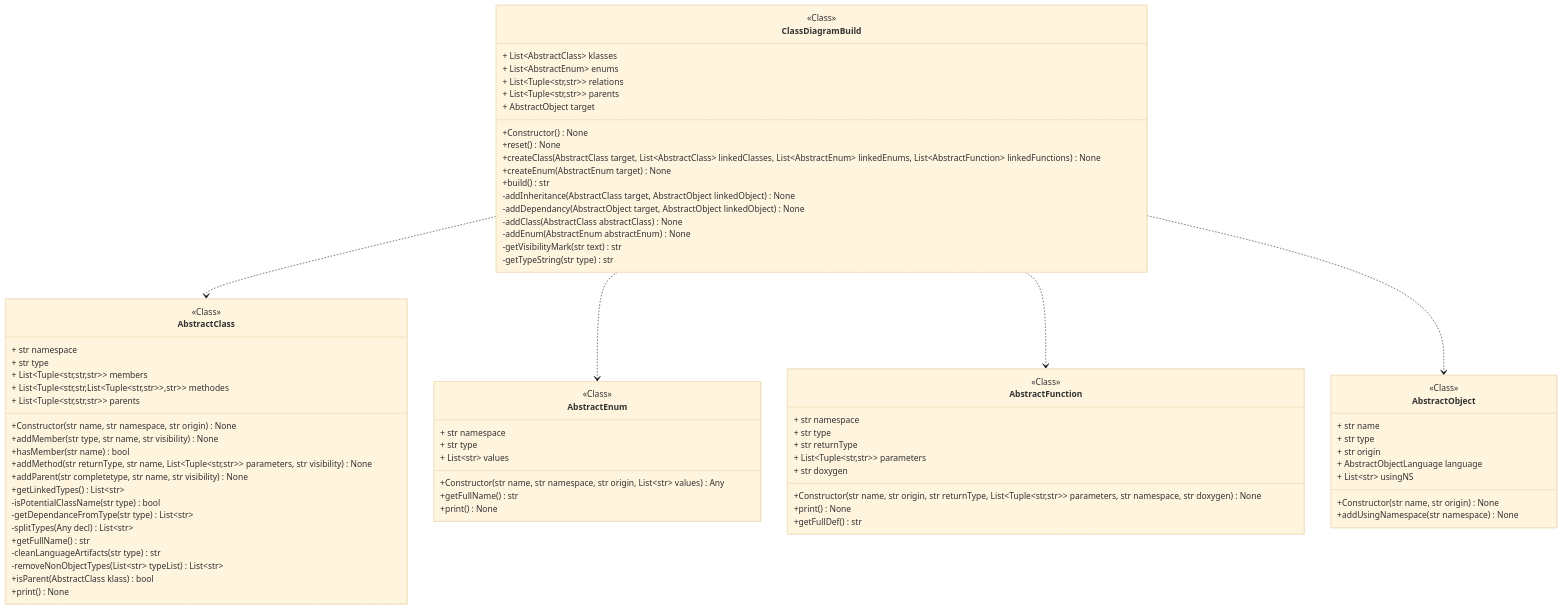
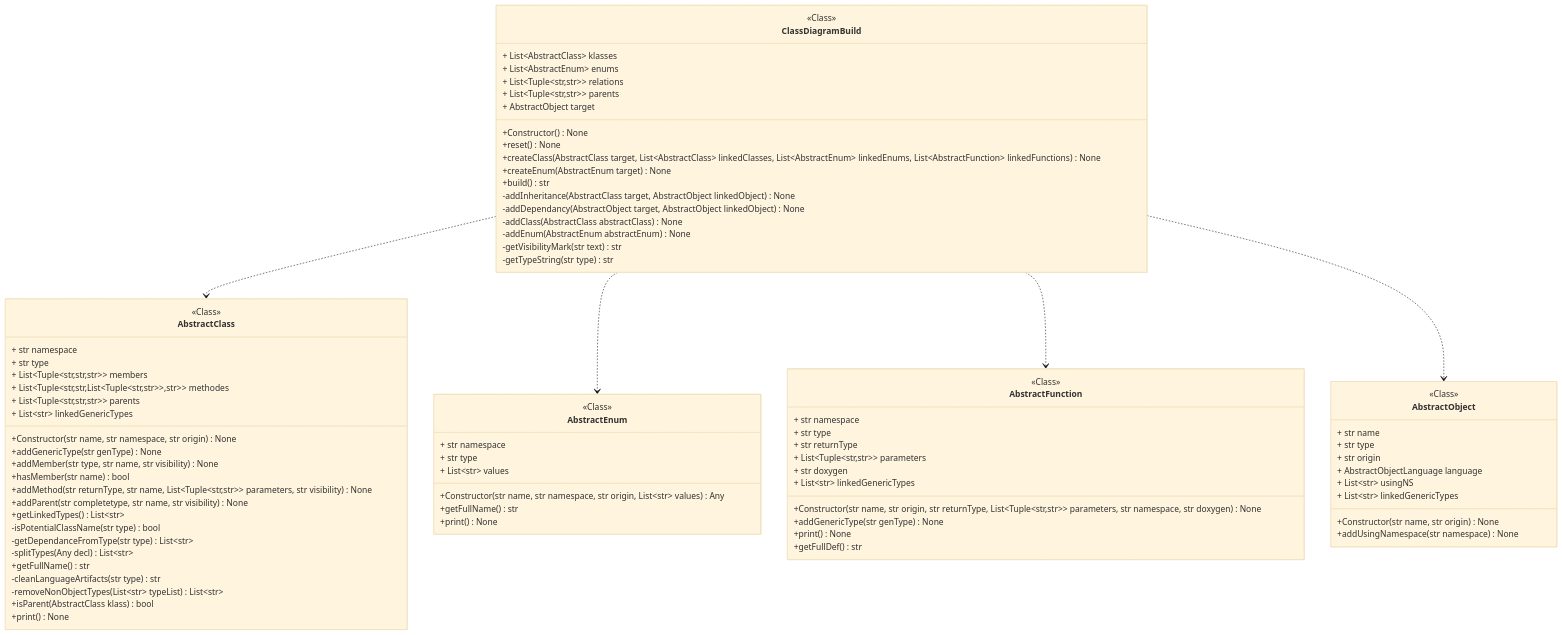
The diagram in docs/source/code/diagrams/pycodeanalyzer_core_diagrams_mermaid_ClassDiagramBuild.mmd (miong/pycodeanalyzer), drawn with Mermaid (base theme) before and after one commit. The commit also changed 24 other files, not shown here.

```diff
--- a/docs/source/code/diagrams/pycodeanalyzer_core_diagrams_mermaid_ClassDiagramBuild.mmd
+++ b/docs/source/code/diagrams/pycodeanalyzer_core_diagrams_mermaid_ClassDiagramBuild.mmd
@@ -1,80 +1,85 @@
 classDiagram
 class ClassDiagramBuild {
 <<Class>>
 + List~AbstractClass~ klasses
 + List~AbstractEnum~ enums
 + List&lt;Tuple&lt;str,str&gt;&gt; relations
 + List&lt;Tuple&lt;str,str&gt;&gt; parents
 + AbstractObject target
 +Constructor() None
 +reset() None
 +createClass(AbstractClass target, List~AbstractClass~ linkedClasses, List~AbstractEnum~ linkedEnums, List~AbstractFunction~ linkedFunctions) None
 +createEnum(AbstractEnum target) None
 +build() str
 -addInheritance(AbstractClass target, AbstractObject linkedObject) None
 -addDependancy(AbstractObject target, AbstractObject linkedObject) None
 -addClass(AbstractClass abstractClass) None
 -addEnum(AbstractEnum abstractEnum) None
 -getVisibilityMark(str text) str
 -getTypeString(str type) str
 }
 class AbstractClass {
 <<Class>>
 + str namespace
 + str type
 + List&lt;Tuple&lt;str,str,str&gt;&gt; members
 + List&lt;Tuple&lt;str,str,List&lt;Tuple&lt;str,str&gt;&gt;,str&gt;&gt; methodes
 + List&lt;Tuple&lt;str,str,str&gt;&gt; parents
++ List~str~ linkedGenericTypes
 +Constructor(str name, str namespace, str origin) None
++addGenericType(str genType) None
 +addMember(str type, str name, str visibility) None
 +hasMember(str name) bool
 +addMethod(str returnType, str name, List&lt;Tuple&lt;str,str&gt;&gt; parameters, str visibility) None
 +addParent(str completetype, str name, str visibility) None
 +getLinkedTypes() List~str~
 -isPotentialClassName(str type) bool
 -getDependanceFromType(str type) List~str~
 -splitTypes(Any decl) List~str~
 +getFullName() str
 -cleanLanguageArtifacts(str type) str
 -removeNonObjectTypes(List~str~ typeList) List~str~
 +isParent(AbstractClass klass) bool
 +print() None
 }
 link AbstractClass "class££pycodeanalyzer::core::abstraction::objects::AbstractClass"
 class AbstractEnum {
 <<Class>>
 + str namespace
 + str type
 + List~str~ values
 +Constructor(str name, str namespace, str origin, List~str~ values) Any
 +getFullName() str
 +print() None
 }
 link AbstractEnum "class££pycodeanalyzer::core::abstraction::objects::AbstractEnum"
 class AbstractFunction {
 <<Class>>
 + str namespace
 + str type
 + str returnType
 + List&lt;Tuple&lt;str,str&gt;&gt; parameters
 + str doxygen
++ List~str~ linkedGenericTypes
 +Constructor(str name, str origin, str returnType, List&lt;Tuple&lt;str,str&gt;&gt; parameters, str namespace, str doxygen) None
++addGenericType(str genType) None
 +print() None
 +getFullDef() str
 }
 link AbstractFunction "class££pycodeanalyzer::core::abstraction::objects::AbstractFunction"
 class AbstractObject {
 <<Class>>
 + str name
 + str type
 + str origin
 + AbstractObjectLanguage language
 + List~str~ usingNS
++ List~str~ linkedGenericTypes
 +Constructor(str name, str origin) None
 +addUsingNamespace(str namespace) None
 }
 link AbstractObject "class££pycodeanalyzer::core::abstraction::objects::AbstractObject"
 ClassDiagramBuild ..> AbstractClass
 ClassDiagramBuild ..> AbstractEnum
 ClassDiagramBuild ..> AbstractFunction
 ClassDiagramBuild ..> AbstractObject
```
